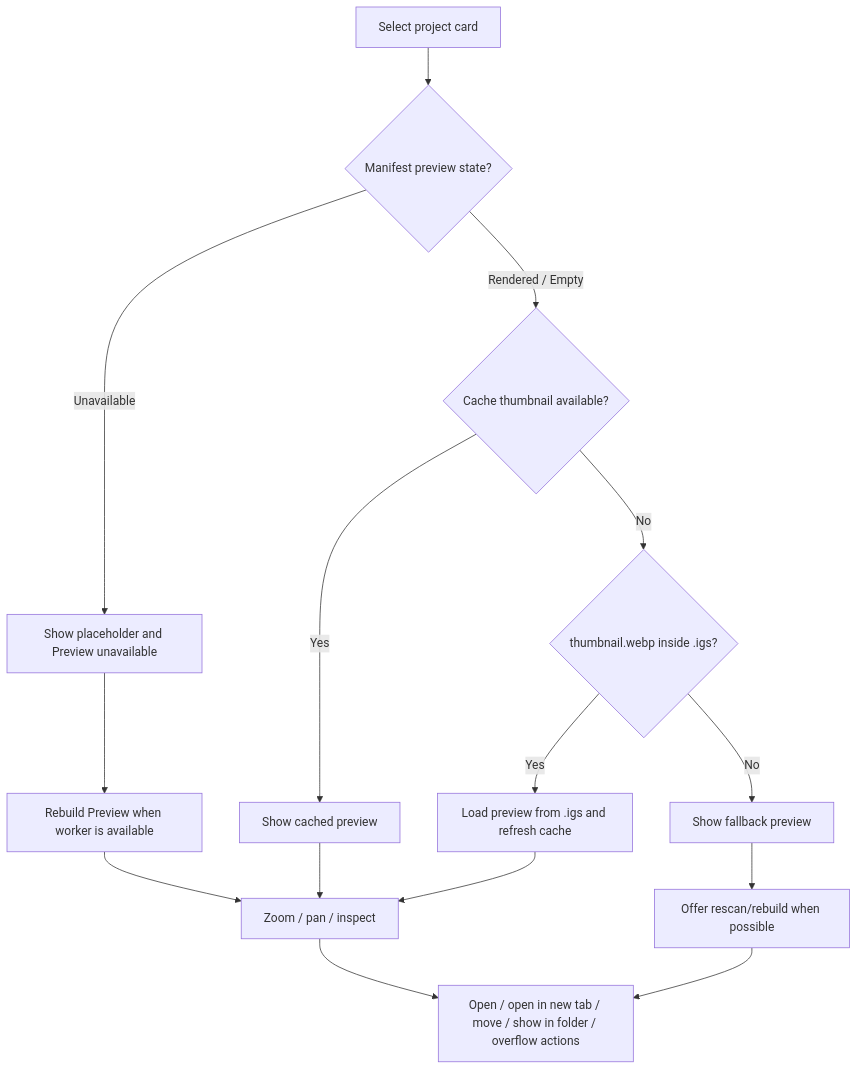
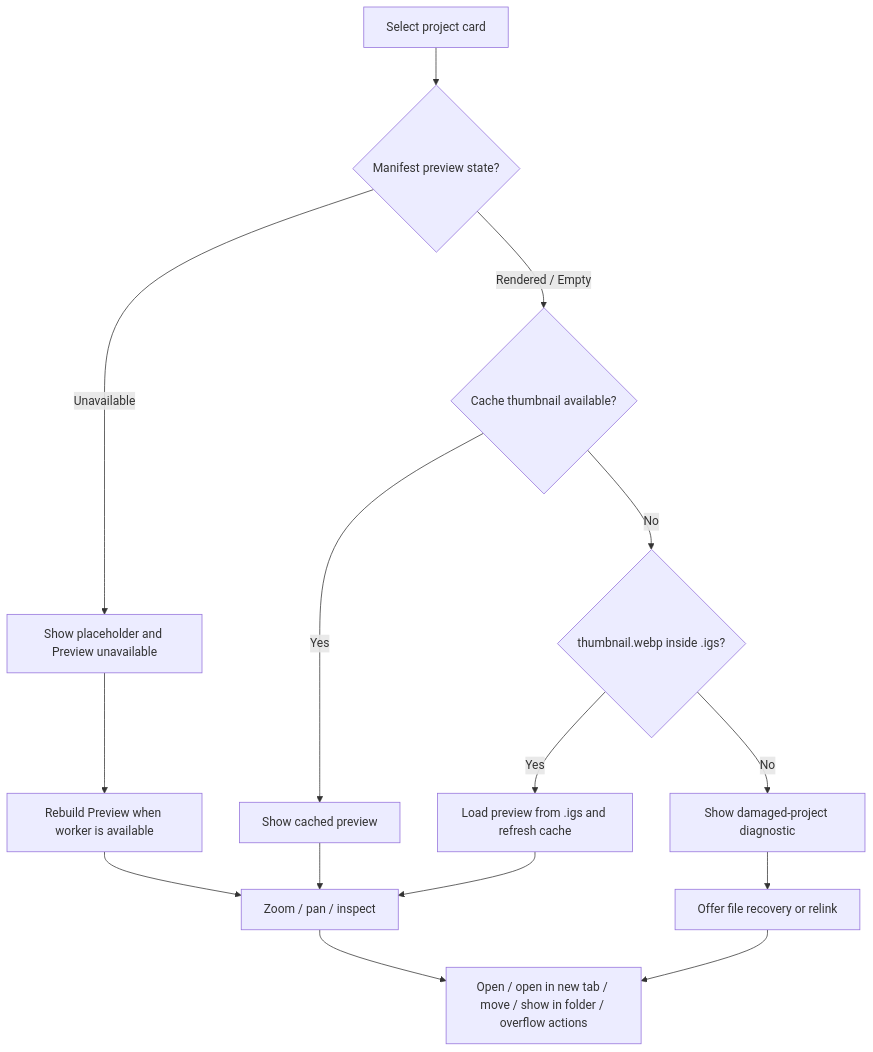
One commit to BMFreed/imagegen-studio changed the fifth of 6 diagrams in docs/features/home-screen.md. Above: the diagram before and after it, drawn with Mermaid. The commit also changed other lines of this file and 62 other files, not shown here.

````diff
--- a/docs/features/home-screen.md
+++ b/docs/features/home-screen.md
@@ -420,17 +422,17 @@
 ```mermaid
 flowchart TD
   A["Select project card"] --> S{"Manifest preview state?"}
   S -- "Unavailable" --> F["Show placeholder and Preview unavailable"]
   S -- "Rendered / Empty" --> B{"Cache thumbnail available?"}
   B -- "Yes" --> C["Show cached preview"]
   B -- "No" --> D{"thumbnail.webp inside .igs?"}
   D -- "Yes" --> E["Load preview from .igs and refresh cache"]
-  D -- "No" --> H["Show fallback preview"]
+  D -- "No" --> H["Show damaged-project diagnostic"]
   C --> G["Zoom / pan / inspect"]
   E --> G
   F --> P["Rebuild Preview when worker is available"]
   P --> G
-  H --> R["Offer rescan/rebuild when possible"]
+  H --> R["Offer file recovery or relink"]
   R --> I
   G --> I["Open / open in new tab / move / show in folder / overflow actions"]
 ```
````
